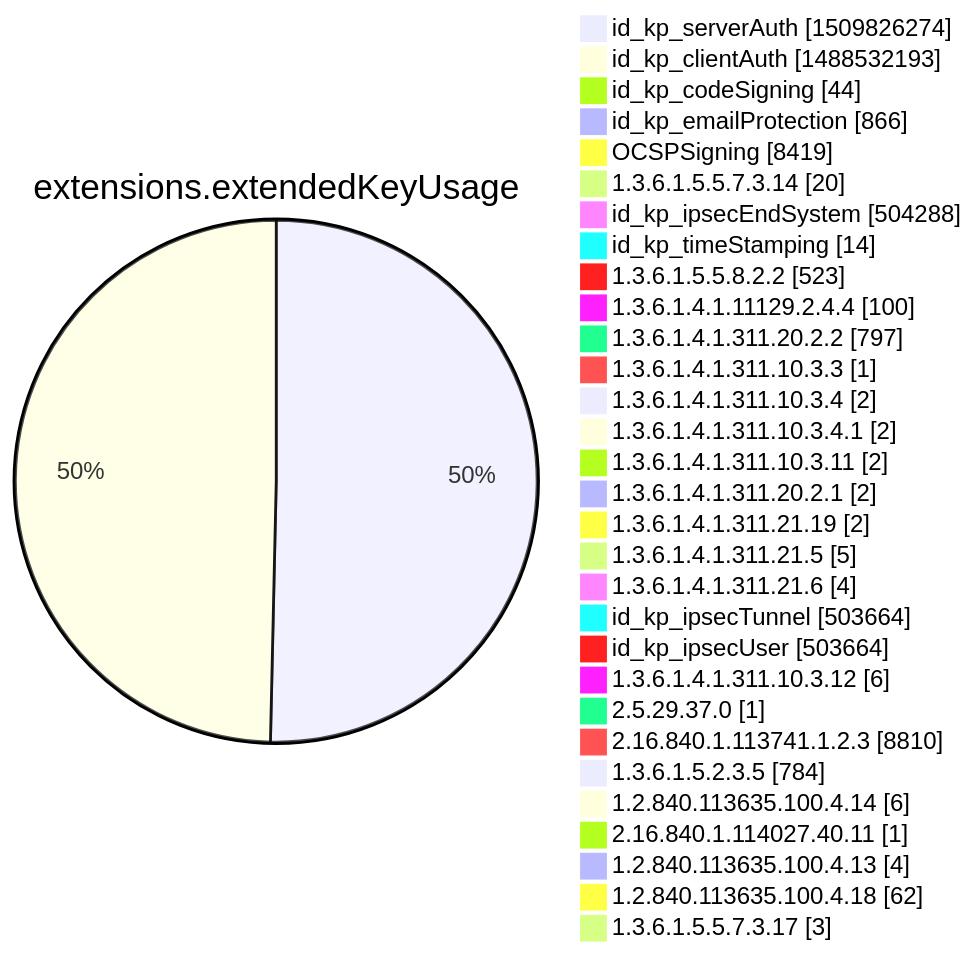
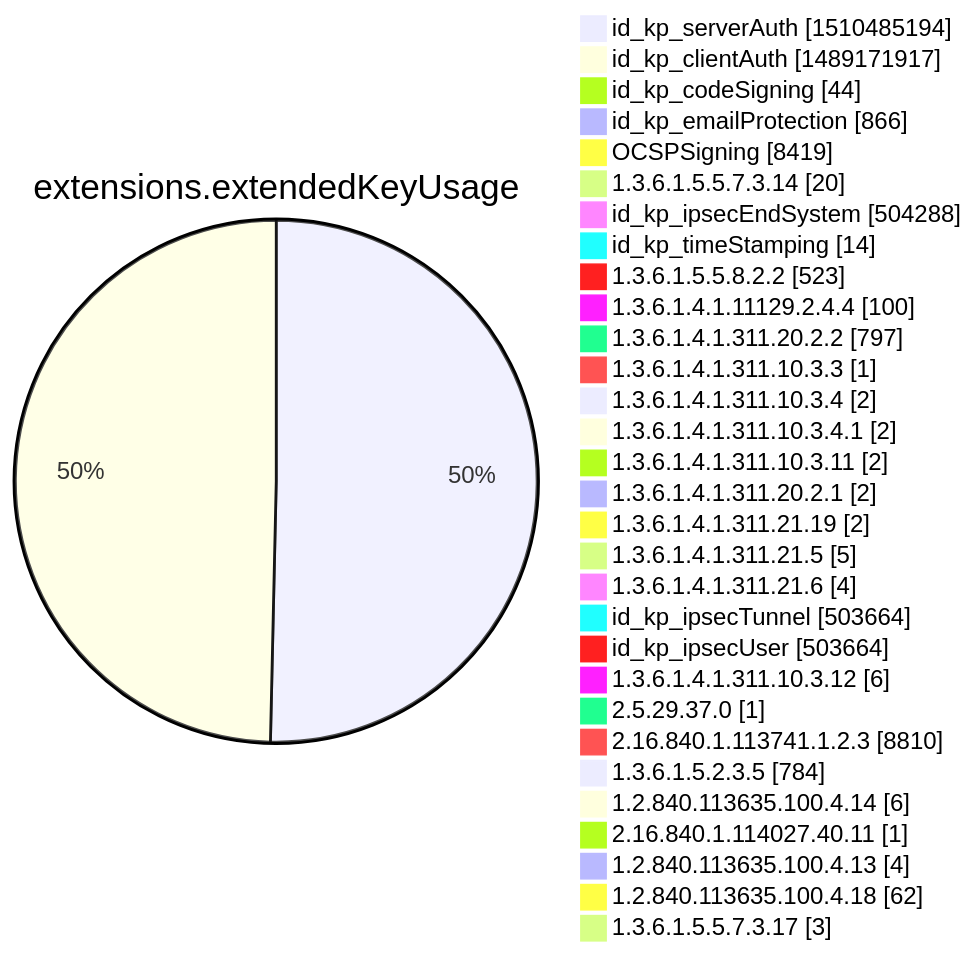
Before and after one commit to christiankrug/ctmonitor_visualization: diagram 12 of 15 in argon2022/README.md, drawn with Mermaid. The commit also changed other lines of this file, not shown here.

````diff
--- a/argon2022/README.md
+++ b/argon2022/README.md
@@ -3555,34 +3555,34 @@
 ```mermaid
 pie showData
 title extensions.extendedKeyUsage
-"id_kp_serverAuth" :1509826274
-"id_kp_clientAuth" :1488532193
+"id_kp_serverAuth" :1510485194
+"id_kp_clientAuth" :1489171917
 "id_kp_codeSigning" :44
 "id_kp_emailProtection" :866
 "OCSPSigning" :8419
 "1.3.6.1.5.5.7.3.14" :20
 "id_kp_ipsecEndSystem" :504288
 "id_kp_timeStamping" :14
 "1.3.6.1.5.5.8.2.2" :523
 "1.3.6.1.4.1.11129.2.4.4" :100
 "1.3.6.1.4.1.311.20.2.2" :797
 "1.3.6.1.4.1.311.10.3.3" :1
 "1.3.6.1.4.1.311.10.3.4" :2
 "1.3.6.1.4.1.311.10.3.4.1" :2
 "1.3.6.1.4.1.311.10.3.11" :2
 "1.3.6.1.4.1.311.20.2.1" :2
 "1.3.6.1.4.1.311.21.19" :2
 "1.3.6.1.4.1.311.21.5" :5
 "1.3.6.1.4.1.311.21.6" :4
 "id_kp_ipsecTunnel" :503664
 "id_kp_ipsecUser" :503664
 "1.3.6.1.4.1.311.10.3.12" :6
 "2.5.29.37.0" :1
 "2.16.840.1.113741.1.2.3" :8810
 "1.3.6.1.5.2.3.5" :784
 "1.2.840.113635.100.4.14" :6
 "2.16.840.1.114027.40.11" :1
 "1.2.840.113635.100.4.13" :4
 "1.2.840.113635.100.4.18" :62
 "1.3.6.1.5.5.7.3.17" :3
 ```
````
